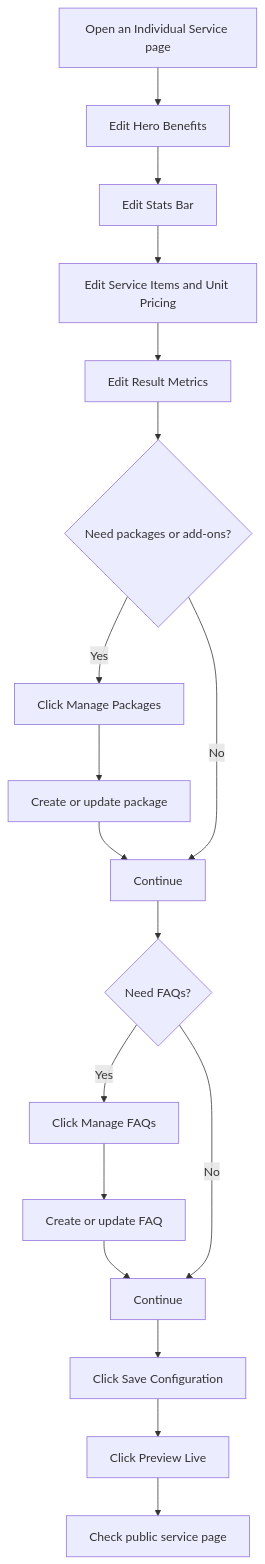
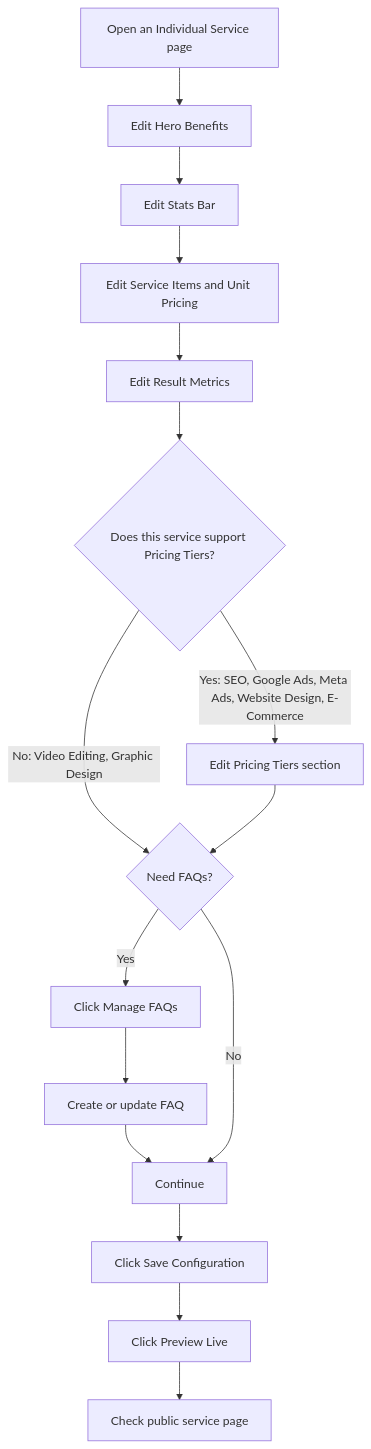
The fifth of 11 diagrams in docs/admin-dashboard-workflow.md (Vishad-N/newSimbolo), drawn with Mermaid before and after one commit. The commit also changed other lines of this file and 27 other files, not shown here.

````diff
--- a/docs/admin-dashboard-workflow.md
+++ b/docs/admin-dashboard-workflow.md
@@ -229,20 +236,18 @@
 ```mermaid
 flowchart TD
     A[Open an Individual Service page] --> B[Edit Hero Benefits]
     B --> C[Edit Stats Bar]
     C --> D[Edit Service Items and Unit Pricing]
     D --> E[Edit Result Metrics]
-    E --> F{Need packages or add-ons?}
-    F -->|Yes| G[Click Manage Packages]
-    G --> H[Create or update package]
-    H --> I[Return to service page]
-    F -->|No| I[Continue]
-    I --> J{Need FAQs?}
-    J -->|Yes| K[Click Manage FAQs]
+    E --> F{Does this service support Pricing Tiers?}
+    F -->|Yes: SEO, Google Ads, Meta Ads, Website Design, E-Commerce| G[Edit Pricing Tiers section]
+    F -->|No: Video Editing, Graphic Design| I
+    G --> I{Need FAQs?}
+    I -->|Yes| K[Click Manage FAQs]
     K --> L[Create or update FAQ]
     L --> M[Return to service page]
-    J -->|No| M[Continue]
+    I -->|No| M[Continue]
     M --> N[Click Save Configuration]
     N --> O[Click Preview Live]
     O --> P[Check public service page]
 ```
````
